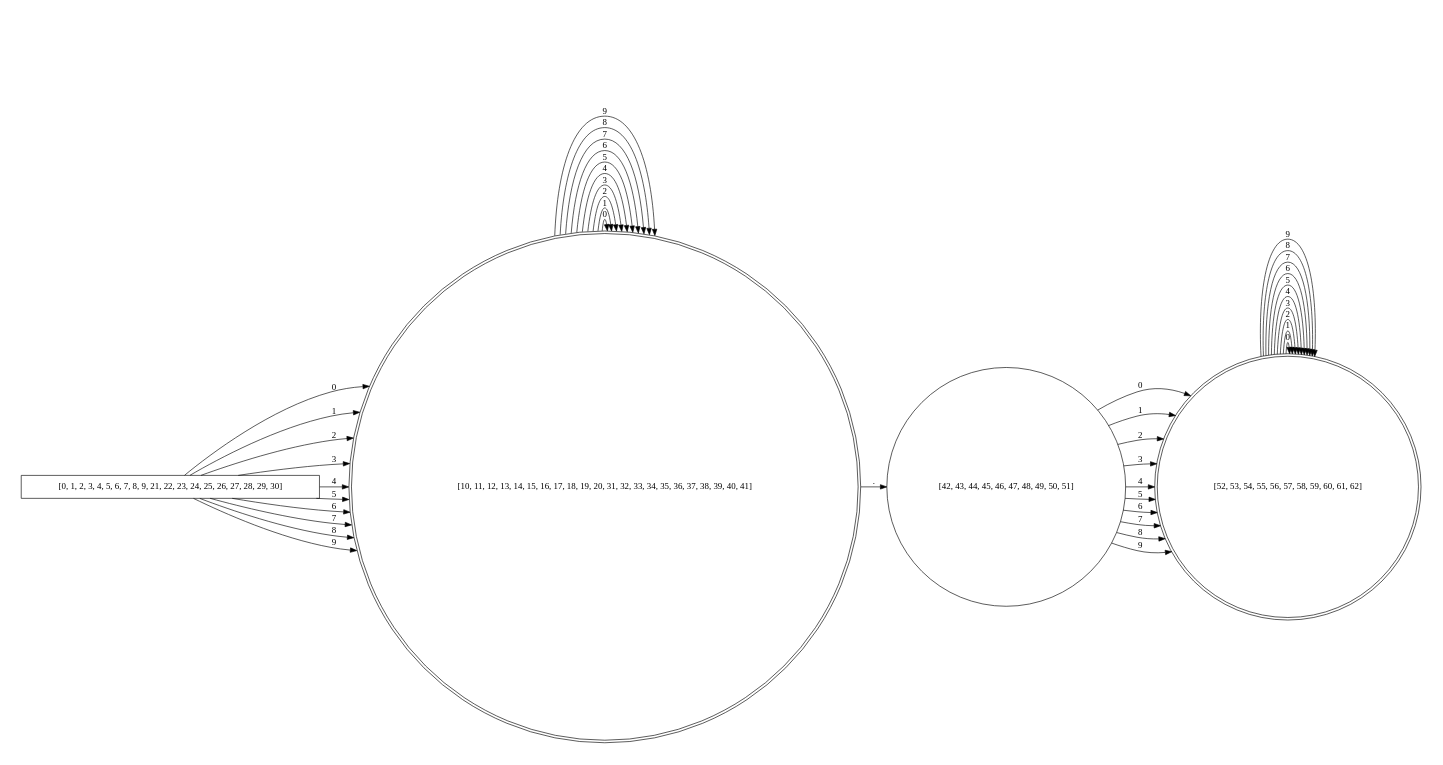
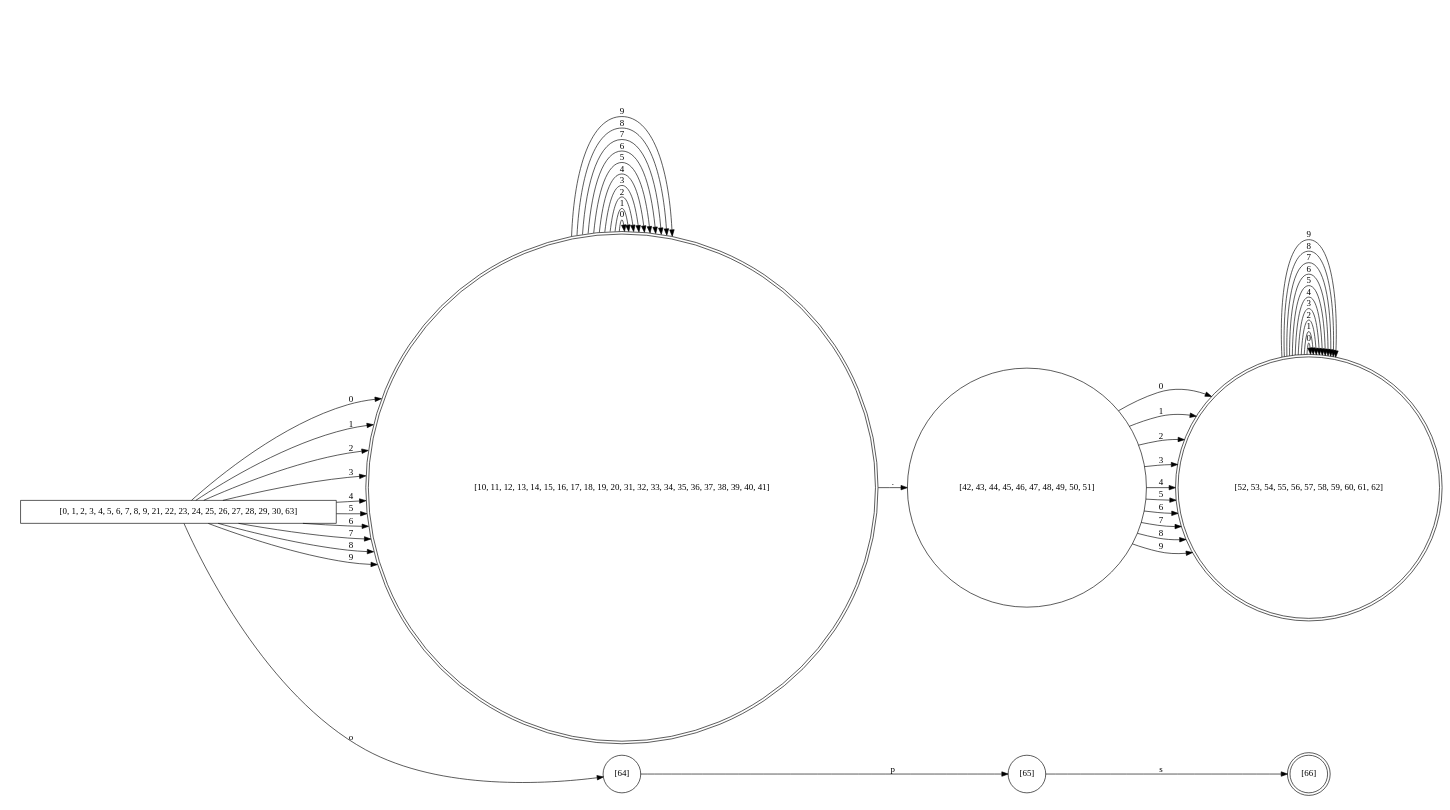
Before and after one commit to AngryR4v3n/LenguajesPR3: the diagram in dfa_subset.gv, drawn with Graphviz. The commit also changed 6 other files, not shown here.

```diff
--- a/dfa_subset.gv
+++ b/dfa_subset.gv
@@ -1,127 +1,132 @@
 digraph finite_state_machine {
 	rankdir=LR size="8,5"
 	node [shape=rectangular]
-	"[0, 1, 2, 3, 4, 5, 6, 7, 8, 9, 21, 22, 23, 24, 25, 26, 27, 28, 29, 30]"
+	"[0, 1, 2, 3, 4, 5, 6, 7, 8, 9, 21, 22, 23, 24, 25, 26, 27, 28, 29, 30, 63]"
 	node [shape=doublecircle]
 	"[10, 11, 12, 13, 14, 15, 16, 17, 18, 19, 20, 31, 32, 33, 34, 35, 36, 37, 38, 39, 40, 41]"
 	node [shape=doublecircle]
 	"[10, 11, 12, 13, 14, 15, 16, 17, 18, 19, 20, 31, 32, 33, 34, 35, 36, 37, 38, 39, 40, 41]"
 	node [shape=doublecircle]
 	"[10, 11, 12, 13, 14, 15, 16, 17, 18, 19, 20, 31, 32, 33, 34, 35, 36, 37, 38, 39, 40, 41]"
 	node [shape=doublecircle]
 	"[10, 11, 12, 13, 14, 15, 16, 17, 18, 19, 20, 31, 32, 33, 34, 35, 36, 37, 38, 39, 40, 41]"
 	node [shape=doublecircle]
 	"[10, 11, 12, 13, 14, 15, 16, 17, 18, 19, 20, 31, 32, 33, 34, 35, 36, 37, 38, 39, 40, 41]"
 	node [shape=doublecircle]
 	"[10, 11, 12, 13, 14, 15, 16, 17, 18, 19, 20, 31, 32, 33, 34, 35, 36, 37, 38, 39, 40, 41]"
 	node [shape=doublecircle]
 	"[10, 11, 12, 13, 14, 15, 16, 17, 18, 19, 20, 31, 32, 33, 34, 35, 36, 37, 38, 39, 40, 41]"
 	node [shape=doublecircle]
 	"[10, 11, 12, 13, 14, 15, 16, 17, 18, 19, 20, 31, 32, 33, 34, 35, 36, 37, 38, 39, 40, 41]"
 	node [shape=doublecircle]
 	"[10, 11, 12, 13, 14, 15, 16, 17, 18, 19, 20, 31, 32, 33, 34, 35, 36, 37, 38, 39, 40, 41]"
 	node [shape=doublecircle]
 	"[10, 11, 12, 13, 14, 15, 16, 17, 18, 19, 20, 31, 32, 33, 34, 35, 36, 37, 38, 39, 40, 41]"
 	node [shape=doublecircle]
 	"[10, 11, 12, 13, 14, 15, 16, 17, 18, 19, 20, 31, 32, 33, 34, 35, 36, 37, 38, 39, 40, 41]"
 	node [shape=doublecircle]
 	"[10, 11, 12, 13, 14, 15, 16, 17, 18, 19, 20, 31, 32, 33, 34, 35, 36, 37, 38, 39, 40, 41]"
 	node [shape=doublecircle]
 	"[10, 11, 12, 13, 14, 15, 16, 17, 18, 19, 20, 31, 32, 33, 34, 35, 36, 37, 38, 39, 40, 41]"
 	node [shape=doublecircle]
 	"[10, 11, 12, 13, 14, 15, 16, 17, 18, 19, 20, 31, 32, 33, 34, 35, 36, 37, 38, 39, 40, 41]"
 	node [shape=doublecircle]
 	"[10, 11, 12, 13, 14, 15, 16, 17, 18, 19, 20, 31, 32, 33, 34, 35, 36, 37, 38, 39, 40, 41]"
 	node [shape=doublecircle]
 	"[10, 11, 12, 13, 14, 15, 16, 17, 18, 19, 20, 31, 32, 33, 34, 35, 36, 37, 38, 39, 40, 41]"
 	node [shape=doublecircle]
 	"[10, 11, 12, 13, 14, 15, 16, 17, 18, 19, 20, 31, 32, 33, 34, 35, 36, 37, 38, 39, 40, 41]"
 	node [shape=doublecircle]
 	"[10, 11, 12, 13, 14, 15, 16, 17, 18, 19, 20, 31, 32, 33, 34, 35, 36, 37, 38, 39, 40, 41]"
 	node [shape=doublecircle]
 	"[10, 11, 12, 13, 14, 15, 16, 17, 18, 19, 20, 31, 32, 33, 34, 35, 36, 37, 38, 39, 40, 41]"
 	node [shape=doublecircle]
 	"[10, 11, 12, 13, 14, 15, 16, 17, 18, 19, 20, 31, 32, 33, 34, 35, 36, 37, 38, 39, 40, 41]"
 	node [shape=doublecircle]
 	"[52, 53, 54, 55, 56, 57, 58, 59, 60, 61, 62]"
 	node [shape=doublecircle]
 	"[52, 53, 54, 55, 56, 57, 58, 59, 60, 61, 62]"
 	node [shape=doublecircle]
 	"[52, 53, 54, 55, 56, 57, 58, 59, 60, 61, 62]"
 	node [shape=doublecircle]
 	"[52, 53, 54, 55, 56, 57, 58, 59, 60, 61, 62]"
 	node [shape=doublecircle]
 	"[52, 53, 54, 55, 56, 57, 58, 59, 60, 61, 62]"
 	node [shape=doublecircle]
 	"[52, 53, 54, 55, 56, 57, 58, 59, 60, 61, 62]"
 	node [shape=doublecircle]
 	"[52, 53, 54, 55, 56, 57, 58, 59, 60, 61, 62]"
 	node [shape=doublecircle]
 	"[52, 53, 54, 55, 56, 57, 58, 59, 60, 61, 62]"
 	node [shape=doublecircle]
 	"[52, 53, 54, 55, 56, 57, 58, 59, 60, 61, 62]"
 	node [shape=doublecircle]
 	"[52, 53, 54, 55, 56, 57, 58, 59, 60, 61, 62]"
 	node [shape=doublecircle]
+	"[66]"
+	node [shape=doublecircle]
 	"[52, 53, 54, 55, 56, 57, 58, 59, 60, 61, 62]"
 	node [shape=doublecircle]
 	"[52, 53, 54, 55, 56, 57, 58, 59, 60, 61, 62]"
 	node [shape=doublecircle]
 	"[52, 53, 54, 55, 56, 57, 58, 59, 60, 61, 62]"
 	node [shape=doublecircle]
 	"[52, 53, 54, 55, 56, 57, 58, 59, 60, 61, 62]"
 	node [shape=doublecircle]
 	"[52, 53, 54, 55, 56, 57, 58, 59, 60, 61, 62]"
 	node [shape=doublecircle]
 	"[52, 53, 54, 55, 56, 57, 58, 59, 60, 61, 62]"
 	node [shape=doublecircle]
 	"[52, 53, 54, 55, 56, 57, 58, 59, 60, 61, 62]"
 	node [shape=doublecircle]
 	"[52, 53, 54, 55, 56, 57, 58, 59, 60, 61, 62]"
 	node [shape=doublecircle]
 	"[52, 53, 54, 55, 56, 57, 58, 59, 60, 61, 62]"
 	node [shape=doublecircle]
 	"[52, 53, 54, 55, 56, 57, 58, 59, 60, 61, 62]"
 	node [shape=circle]
-	"[0, 1, 2, 3, 4, 5, 6, 7, 8, 9, 21, 22, 23, 24, 25, 26, 27, 28, 29, 30]" -> "[10, 11, 12, 13, 14, 15, 16, 17, 18, 19, 20, 31, 32, 33, 34, 35, 36, 37, 38, 39, 40, 41]" [label=0]
-	"[0, 1, 2, 3, 4, 5, 6, 7, 8, 9, 21, 22, 23, 24, 25, 26, 27, 28, 29, 30]" -> "[10, 11, 12, 13, 14, 15, 16, 17, 18, 19, 20, 31, 32, 33, 34, 35, 36, 37, 38, 39, 40, 41]" [label=1]
-	"[0, 1, 2, 3, 4, 5, 6, 7, 8, 9, 21, 22, 23, 24, 25, 26, 27, 28, 29, 30]" -> "[10, 11, 12, 13, 14, 15, 16, 17, 18, 19, 20, 31, 32, 33, 34, 35, 36, 37, 38, 39, 40, 41]" [label=2]
-	"[0, 1, 2, 3, 4, 5, 6, 7, 8, 9, 21, 22, 23, 24, 25, 26, 27, 28, 29, 30]" -> "[10, 11, 12, 13, 14, 15, 16, 17, 18, 19, 20, 31, 32, 33, 34, 35, 36, 37, 38, 39, 40, 41]" [label=3]
-	"[0, 1, 2, 3, 4, 5, 6, 7, 8, 9, 21, 22, 23, 24, 25, 26, 27, 28, 29, 30]" -> "[10, 11, 12, 13, 14, 15, 16, 17, 18, 19, 20, 31, 32, 33, 34, 35, 36, 37, 38, 39, 40, 41]" [label=4]
-	"[0, 1, 2, 3, 4, 5, 6, 7, 8, 9, 21, 22, 23, 24, 25, 26, 27, 28, 29, 30]" -> "[10, 11, 12, 13, 14, 15, 16, 17, 18, 19, 20, 31, 32, 33, 34, 35, 36, 37, 38, 39, 40, 41]" [label=5]
-	"[0, 1, 2, 3, 4, 5, 6, 7, 8, 9, 21, 22, 23, 24, 25, 26, 27, 28, 29, 30]" -> "[10, 11, 12, 13, 14, 15, 16, 17, 18, 19, 20, 31, 32, 33, 34, 35, 36, 37, 38, 39, 40, 41]" [label=6]
-	"[0, 1, 2, 3, 4, 5, 6, 7, 8, 9, 21, 22, 23, 24, 25, 26, 27, 28, 29, 30]" -> "[10, 11, 12, 13, 14, 15, 16, 17, 18, 19, 20, 31, 32, 33, 34, 35, 36, 37, 38, 39, 40, 41]" [label=7]
-	"[0, 1, 2, 3, 4, 5, 6, 7, 8, 9, 21, 22, 23, 24, 25, 26, 27, 28, 29, 30]" -> "[10, 11, 12, 13, 14, 15, 16, 17, 18, 19, 20, 31, 32, 33, 34, 35, 36, 37, 38, 39, 40, 41]" [label=8]
-	"[0, 1, 2, 3, 4, 5, 6, 7, 8, 9, 21, 22, 23, 24, 25, 26, 27, 28, 29, 30]" -> "[10, 11, 12, 13, 14, 15, 16, 17, 18, 19, 20, 31, 32, 33, 34, 35, 36, 37, 38, 39, 40, 41]" [label=9]
+	"[0, 1, 2, 3, 4, 5, 6, 7, 8, 9, 21, 22, 23, 24, 25, 26, 27, 28, 29, 30, 63]" -> "[10, 11, 12, 13, 14, 15, 16, 17, 18, 19, 20, 31, 32, 33, 34, 35, 36, 37, 38, 39, 40, 41]" [label=0]
+	"[0, 1, 2, 3, 4, 5, 6, 7, 8, 9, 21, 22, 23, 24, 25, 26, 27, 28, 29, 30, 63]" -> "[10, 11, 12, 13, 14, 15, 16, 17, 18, 19, 20, 31, 32, 33, 34, 35, 36, 37, 38, 39, 40, 41]" [label=1]
+	"[0, 1, 2, 3, 4, 5, 6, 7, 8, 9, 21, 22, 23, 24, 25, 26, 27, 28, 29, 30, 63]" -> "[10, 11, 12, 13, 14, 15, 16, 17, 18, 19, 20, 31, 32, 33, 34, 35, 36, 37, 38, 39, 40, 41]" [label=2]
+	"[0, 1, 2, 3, 4, 5, 6, 7, 8, 9, 21, 22, 23, 24, 25, 26, 27, 28, 29, 30, 63]" -> "[10, 11, 12, 13, 14, 15, 16, 17, 18, 19, 20, 31, 32, 33, 34, 35, 36, 37, 38, 39, 40, 41]" [label=3]
+	"[0, 1, 2, 3, 4, 5, 6, 7, 8, 9, 21, 22, 23, 24, 25, 26, 27, 28, 29, 30, 63]" -> "[10, 11, 12, 13, 14, 15, 16, 17, 18, 19, 20, 31, 32, 33, 34, 35, 36, 37, 38, 39, 40, 41]" [label=4]
+	"[0, 1, 2, 3, 4, 5, 6, 7, 8, 9, 21, 22, 23, 24, 25, 26, 27, 28, 29, 30, 63]" -> "[10, 11, 12, 13, 14, 15, 16, 17, 18, 19, 20, 31, 32, 33, 34, 35, 36, 37, 38, 39, 40, 41]" [label=5]
+	"[0, 1, 2, 3, 4, 5, 6, 7, 8, 9, 21, 22, 23, 24, 25, 26, 27, 28, 29, 30, 63]" -> "[10, 11, 12, 13, 14, 15, 16, 17, 18, 19, 20, 31, 32, 33, 34, 35, 36, 37, 38, 39, 40, 41]" [label=6]
+	"[0, 1, 2, 3, 4, 5, 6, 7, 8, 9, 21, 22, 23, 24, 25, 26, 27, 28, 29, 30, 63]" -> "[10, 11, 12, 13, 14, 15, 16, 17, 18, 19, 20, 31, 32, 33, 34, 35, 36, 37, 38, 39, 40, 41]" [label=7]
+	"[0, 1, 2, 3, 4, 5, 6, 7, 8, 9, 21, 22, 23, 24, 25, 26, 27, 28, 29, 30, 63]" -> "[10, 11, 12, 13, 14, 15, 16, 17, 18, 19, 20, 31, 32, 33, 34, 35, 36, 37, 38, 39, 40, 41]" [label=8]
+	"[0, 1, 2, 3, 4, 5, 6, 7, 8, 9, 21, 22, 23, 24, 25, 26, 27, 28, 29, 30, 63]" -> "[10, 11, 12, 13, 14, 15, 16, 17, 18, 19, 20, 31, 32, 33, 34, 35, 36, 37, 38, 39, 40, 41]" [label=9]
+	"[0, 1, 2, 3, 4, 5, 6, 7, 8, 9, 21, 22, 23, 24, 25, 26, 27, 28, 29, 30, 63]" -> "[64]" [label=o]
 	"[10, 11, 12, 13, 14, 15, 16, 17, 18, 19, 20, 31, 32, 33, 34, 35, 36, 37, 38, 39, 40, 41]" -> "[10, 11, 12, 13, 14, 15, 16, 17, 18, 19, 20, 31, 32, 33, 34, 35, 36, 37, 38, 39, 40, 41]" [label=0]
 	"[10, 11, 12, 13, 14, 15, 16, 17, 18, 19, 20, 31, 32, 33, 34, 35, 36, 37, 38, 39, 40, 41]" -> "[10, 11, 12, 13, 14, 15, 16, 17, 18, 19, 20, 31, 32, 33, 34, 35, 36, 37, 38, 39, 40, 41]" [label=1]
 	"[10, 11, 12, 13, 14, 15, 16, 17, 18, 19, 20, 31, 32, 33, 34, 35, 36, 37, 38, 39, 40, 41]" -> "[10, 11, 12, 13, 14, 15, 16, 17, 18, 19, 20, 31, 32, 33, 34, 35, 36, 37, 38, 39, 40, 41]" [label=2]
 	"[10, 11, 12, 13, 14, 15, 16, 17, 18, 19, 20, 31, 32, 33, 34, 35, 36, 37, 38, 39, 40, 41]" -> "[10, 11, 12, 13, 14, 15, 16, 17, 18, 19, 20, 31, 32, 33, 34, 35, 36, 37, 38, 39, 40, 41]" [label=3]
 	"[10, 11, 12, 13, 14, 15, 16, 17, 18, 19, 20, 31, 32, 33, 34, 35, 36, 37, 38, 39, 40, 41]" -> "[10, 11, 12, 13, 14, 15, 16, 17, 18, 19, 20, 31, 32, 33, 34, 35, 36, 37, 38, 39, 40, 41]" [label=4]
 	"[10, 11, 12, 13, 14, 15, 16, 17, 18, 19, 20, 31, 32, 33, 34, 35, 36, 37, 38, 39, 40, 41]" -> "[10, 11, 12, 13, 14, 15, 16, 17, 18, 19, 20, 31, 32, 33, 34, 35, 36, 37, 38, 39, 40, 41]" [label=5]
 	"[10, 11, 12, 13, 14, 15, 16, 17, 18, 19, 20, 31, 32, 33, 34, 35, 36, 37, 38, 39, 40, 41]" -> "[10, 11, 12, 13, 14, 15, 16, 17, 18, 19, 20, 31, 32, 33, 34, 35, 36, 37, 38, 39, 40, 41]" [label=6]
 	"[10, 11, 12, 13, 14, 15, 16, 17, 18, 19, 20, 31, 32, 33, 34, 35, 36, 37, 38, 39, 40, 41]" -> "[10, 11, 12, 13, 14, 15, 16, 17, 18, 19, 20, 31, 32, 33, 34, 35, 36, 37, 38, 39, 40, 41]" [label=7]
 	"[10, 11, 12, 13, 14, 15, 16, 17, 18, 19, 20, 31, 32, 33, 34, 35, 36, 37, 38, 39, 40, 41]" -> "[10, 11, 12, 13, 14, 15, 16, 17, 18, 19, 20, 31, 32, 33, 34, 35, 36, 37, 38, 39, 40, 41]" [label=8]
 	"[10, 11, 12, 13, 14, 15, 16, 17, 18, 19, 20, 31, 32, 33, 34, 35, 36, 37, 38, 39, 40, 41]" -> "[10, 11, 12, 13, 14, 15, 16, 17, 18, 19, 20, 31, 32, 33, 34, 35, 36, 37, 38, 39, 40, 41]" [label=9]
 	"[10, 11, 12, 13, 14, 15, 16, 17, 18, 19, 20, 31, 32, 33, 34, 35, 36, 37, 38, 39, 40, 41]" -> "[42, 43, 44, 45, 46, 47, 48, 49, 50, 51]" [label="."]
+	"[64]" -> "[65]" [label=p]
 	"[42, 43, 44, 45, 46, 47, 48, 49, 50, 51]" -> "[52, 53, 54, 55, 56, 57, 58, 59, 60, 61, 62]" [label=0]
 	"[42, 43, 44, 45, 46, 47, 48, 49, 50, 51]" -> "[52, 53, 54, 55, 56, 57, 58, 59, 60, 61, 62]" [label=1]
 	"[42, 43, 44, 45, 46, 47, 48, 49, 50, 51]" -> "[52, 53, 54, 55, 56, 57, 58, 59, 60, 61, 62]" [label=2]
 	"[42, 43, 44, 45, 46, 47, 48, 49, 50, 51]" -> "[52, 53, 54, 55, 56, 57, 58, 59, 60, 61, 62]" [label=3]
 	"[42, 43, 44, 45, 46, 47, 48, 49, 50, 51]" -> "[52, 53, 54, 55, 56, 57, 58, 59, 60, 61, 62]" [label=4]
 	"[42, 43, 44, 45, 46, 47, 48, 49, 50, 51]" -> "[52, 53, 54, 55, 56, 57, 58, 59, 60, 61, 62]" [label=5]
 	"[42, 43, 44, 45, 46, 47, 48, 49, 50, 51]" -> "[52, 53, 54, 55, 56, 57, 58, 59, 60, 61, 62]" [label=6]
 	"[42, 43, 44, 45, 46, 47, 48, 49, 50, 51]" -> "[52, 53, 54, 55, 56, 57, 58, 59, 60, 61, 62]" [label=7]
 	"[42, 43, 44, 45, 46, 47, 48, 49, 50, 51]" -> "[52, 53, 54, 55, 56, 57, 58, 59, 60, 61, 62]" [label=8]
 	"[42, 43, 44, 45, 46, 47, 48, 49, 50, 51]" -> "[52, 53, 54, 55, 56, 57, 58, 59, 60, 61, 62]" [label=9]
+	"[65]" -> "[66]" [label=s]
 	"[52, 53, 54, 55, 56, 57, 58, 59, 60, 61, 62]" -> "[52, 53, 54, 55, 56, 57, 58, 59, 60, 61, 62]" [label=0]
 	"[52, 53, 54, 55, 56, 57, 58, 59, 60, 61, 62]" -> "[52, 53, 54, 55, 56, 57, 58, 59, 60, 61, 62]" [label=1]
 	"[52, 53, 54, 55, 56, 57, 58, 59, 60, 61, 62]" -> "[52, 53, 54, 55, 56, 57, 58, 59, 60, 61, 62]" [label=2]
 	"[52, 53, 54, 55, 56, 57, 58, 59, 60, 61, 62]" -> "[52, 53, 54, 55, 56, 57, 58, 59, 60, 61, 62]" [label=3]
 	"[52, 53, 54, 55, 56, 57, 58, 59, 60, 61, 62]" -> "[52, 53, 54, 55, 56, 57, 58, 59, 60, 61, 62]" [label=4]
 	"[52, 53, 54, 55, 56, 57, 58, 59, 60, 61, 62]" -> "[52, 53, 54, 55, 56, 57, 58, 59, 60, 61, 62]" [label=5]
 	"[52, 53, 54, 55, 56, 57, 58, 59, 60, 61, 62]" -> "[52, 53, 54, 55, 56, 57, 58, 59, 60, 61, 62]" [label=6]
 	"[52, 53, 54, 55, 56, 57, 58, 59, 60, 61, 62]" -> "[52, 53, 54, 55, 56, 57, 58, 59, 60, 61, 62]" [label=7]
 	"[52, 53, 54, 55, 56, 57, 58, 59, 60, 61, 62]" -> "[52, 53, 54, 55, 56, 57, 58, 59, 60, 61, 62]" [label=8]
 	"[52, 53, 54, 55, 56, 57, 58, 59, 60, 61, 62]" -> "[52, 53, 54, 55, 56, 57, 58, 59, 60, 61, 62]" [label=9]
 }
```
